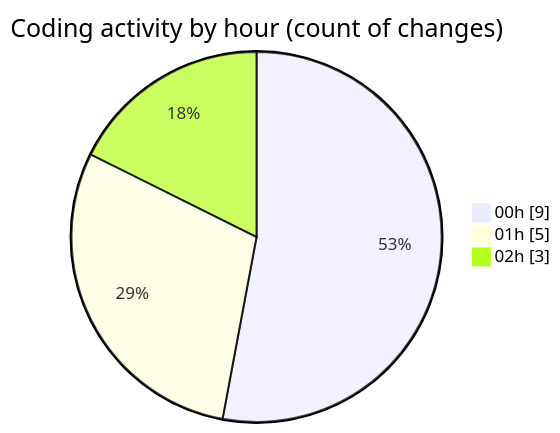
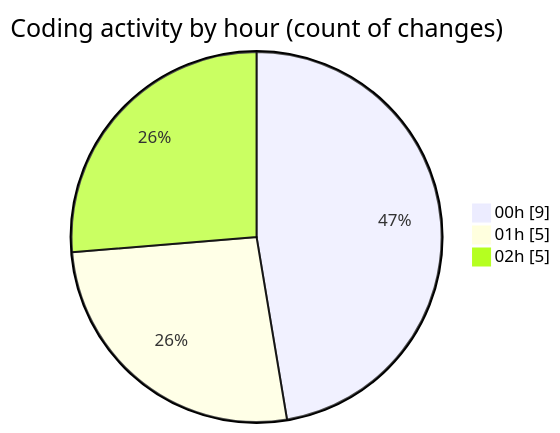
The second of 2 diagrams in 2025-08-05/studybuddy/README.md (lephambinh05/code-tracking), drawn with Mermaid before and after one commit. The commit also changed other lines of this file and 1 other file, not shown here.

````diff
--- a/2025-08-05/studybuddy/README.md
+++ b/2025-08-05/studybuddy/README.md
@@ -32,7 +33,7 @@
 ```mermaid
 pie showData
 title Coding activity by hour (count of changes)
 "00h" : 9
 "01h" : 5
-"02h" : 3
+"02h" : 5
 ```
````
